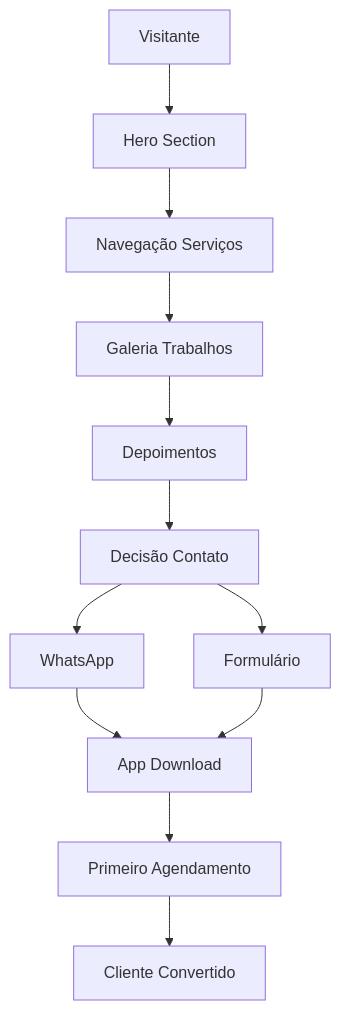
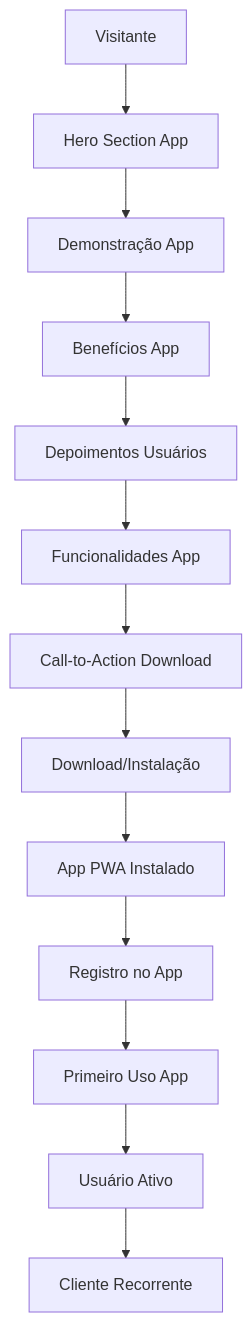
The diagram in lanpage-barbearia/.trae/documents/landing-page-requisitos.md (ToninhoDS/LandingPage), drawn with Mermaid before and after one commit. The commit also changed other lines of this file and 135 other files, not shown here.

````diff
--- a/lanpage-barbearia/.trae/documents/landing-page-requisitos.md
+++ b/lanpage-barbearia/.trae/documents/landing-page-requisitos.md
@@ -65,14 +68,15 @@
 ```mermaid
 graph TD
-    A[Visitante] --> B[Hero Section]
-    B --> C[Navegação Serviços]
-    C --> D[Galeria Trabalhos]
-    D --> E[Depoimentos]
-    E --> F[Decisão Contato]
-    F --> G[WhatsApp]
-    F --> H[Formulário]
-    G --> I[App Download]
-    H --> I
-    I --> J[Primeiro Agendamento]
-    J --> K[Cliente Convertido]
+    A[Visitante] --> B[Hero Section App]
+    B --> C[Demonstração App]
+    C --> D[Benefícios App]
+    D --> E[Depoimentos Usuários]
+    E --> F[Funcionalidades App]
+    F --> G[Call-to-Action Download]
+    G --> H[Download/Instalação]
+    H --> I[App PWA Instalado]
+    I --> J[Registro no App]
+    J --> K[Primeiro Uso App]
+    K --> L[Usuário Ativo]
+    L --> M[Cliente Recorrente]
 ```
````
